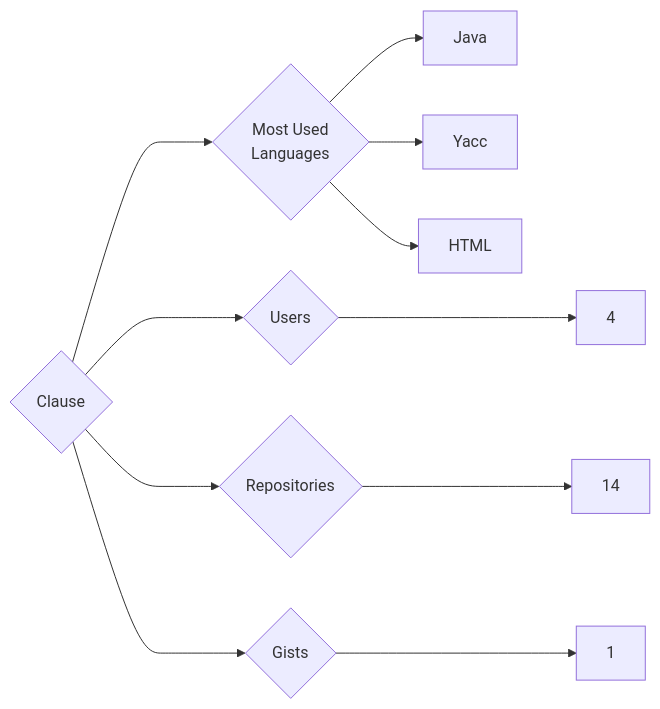
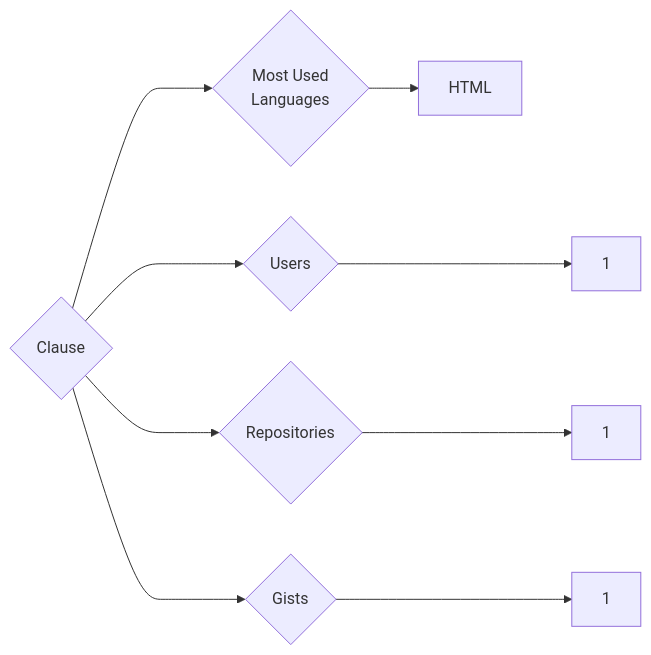
One commit to trickest/insiders changed the diagram in targets/Clause/README.md. Above: the diagram before and after it, drawn with Mermaid. The commit also changed 1007 other files, not shown here.

````diff
--- a/targets/Clause/README.md
+++ b/targets/Clause/README.md
@@ -3,11 +3,9 @@
 ```mermaid
 graph LR
 COMPANY_NAME{Clause}
-COMPANY_NAME ---> U{Users} ---> UN[4]
-COMPANY_NAME ---> R{Repositories} ---> RN[14]
+COMPANY_NAME ---> U{Users} ---> UN[1]
+COMPANY_NAME ---> R{Repositories} ---> RN[1]
 COMPANY_NAME ---> G{Gists} ---> GN[1]
 COMPANY_NAME ---> ML{Most Used<br>Languages}
-ML --> Java[Java]
-ML --> Yacc[Yacc]
 ML --> HTML[HTML]
 ```
````
